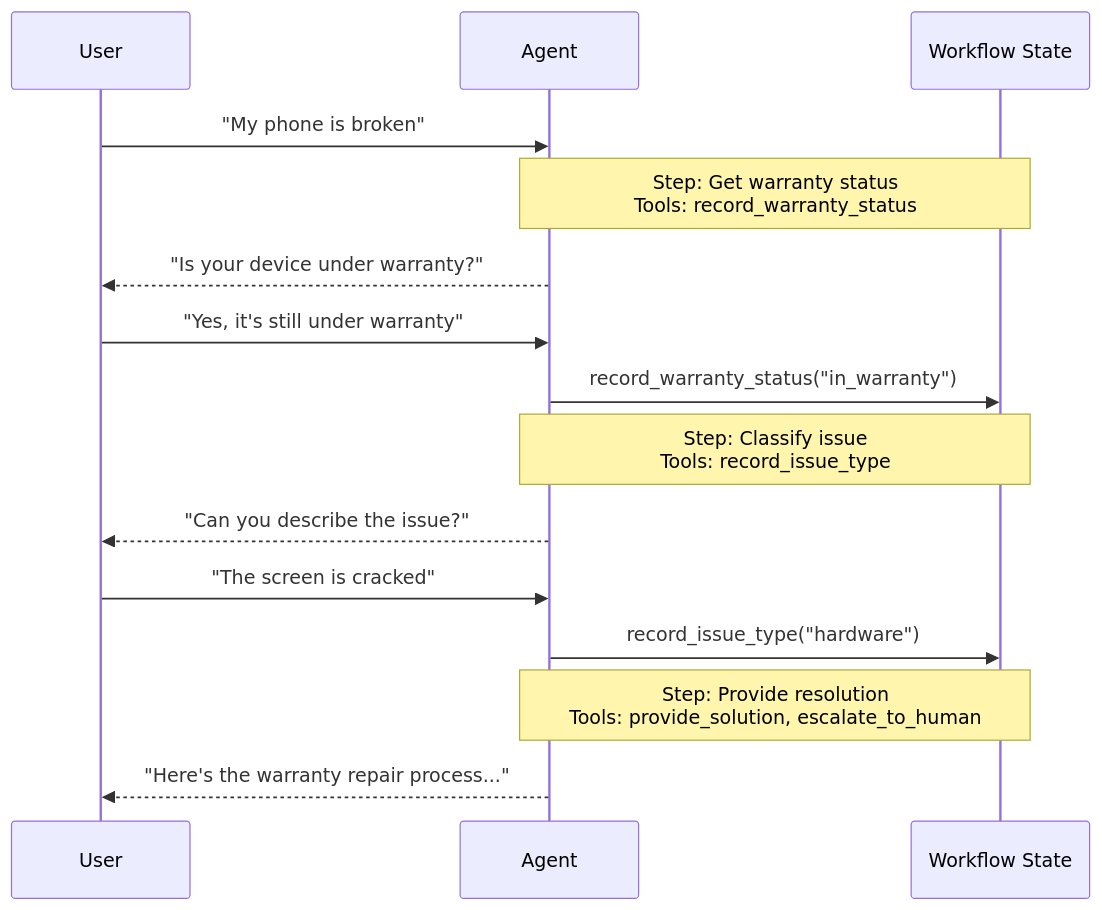
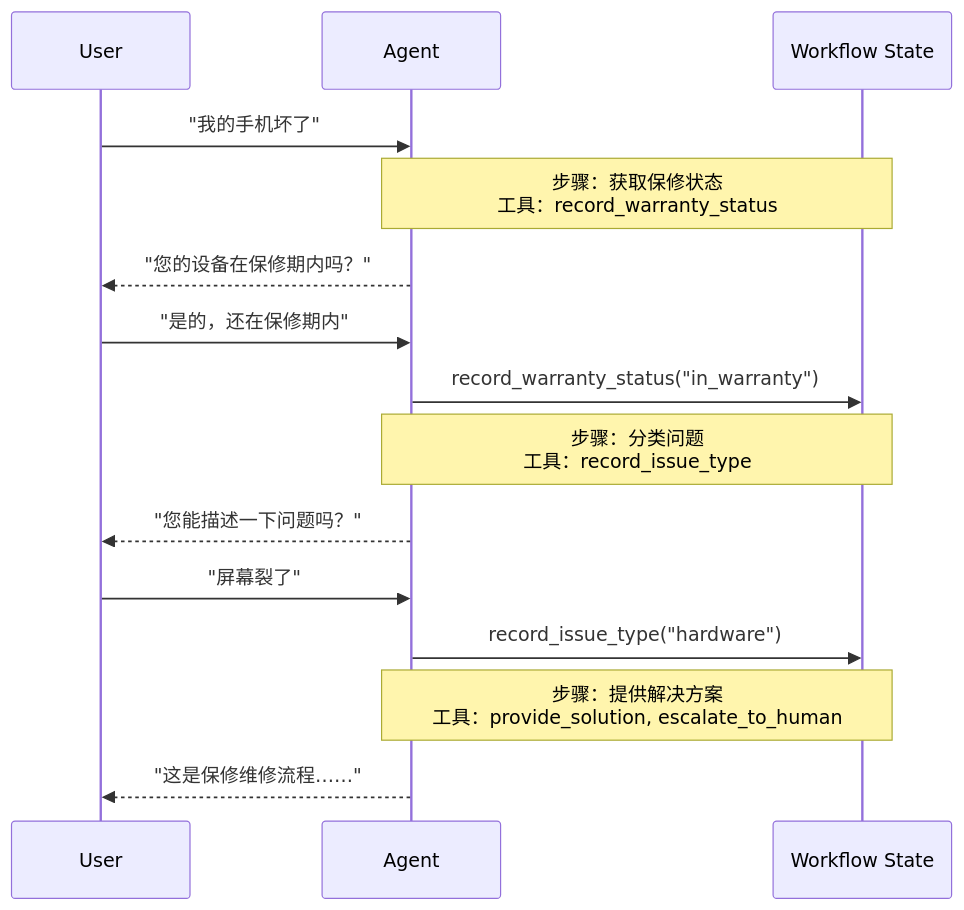
One commit to kunfan96/cndocs-langchain changed the diagram in oss/javascript/langchain/multi-agent/handoffs.mdx. Above: the diagram before and after it, drawn with Mermaid. The commit also changed other lines of this file and 288 other files, not shown here.

````diff
--- a/oss/javascript/langchain/multi-agent/handoffs.mdx
+++ b/oss/javascript/langchain/multi-agent/handoffs.mdx
@@ -11,20 +11,20 @@
 ```mermaid
 sequenceDiagram
     participant User
     participant Agent
     participant Workflow State
 
-    User->>Agent: "My phone is broken"
-    Note over Agent,Workflow State: Step: Get warranty status<br/>Tools: record_warranty_status
-    Agent-->>User: "Is your device under warranty?"
+    User->>Agent: "我的手机坏了"
+    Note over Agent,Workflow State: 步骤：获取保修状态<br/>工具：record_warranty_status
+    Agent-->>User: "您的设备在保修期内吗？"
 
-    User->>Agent: "Yes, it's still under warranty"
+    User->>Agent: "是的，还在保修期内"
     Agent->>Workflow State: record_warranty_status("in_warranty")
-    Note over Agent,Workflow State: Step: Classify issue<br/>Tools: record_issue_type
-    Agent-->>User: "Can you describe the issue?"
+    Note over Agent,Workflow State: 步骤：分类问题<br/>工具：record_issue_type
+    Agent-->>User: "您能描述一下问题吗？"
 
-    User->>Agent: "The screen is cracked"
+    User->>Agent: "屏幕裂了"
     Agent->>Workflow State: record_issue_type("hardware")
-    Note over Agent,Workflow State: Step: Provide resolution<br/>Tools: provide_solution, escalate_to_human
-    Agent-->>User: "Here's the warranty repair process..."
+    Note over Agent,Workflow State: 步骤：提供解决方案<br/>工具：provide_solution, escalate_to_human
+    Agent-->>User: "这是保修维修流程……"
 ```
````
